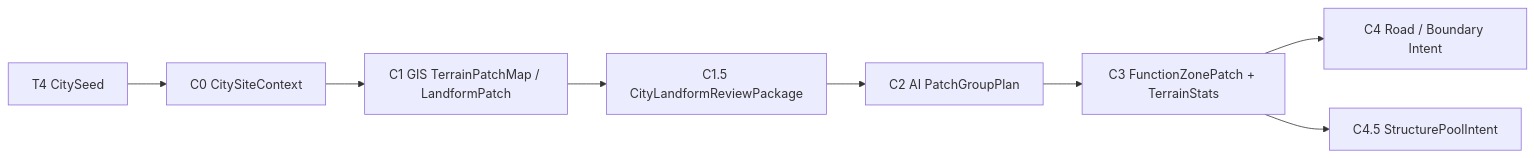
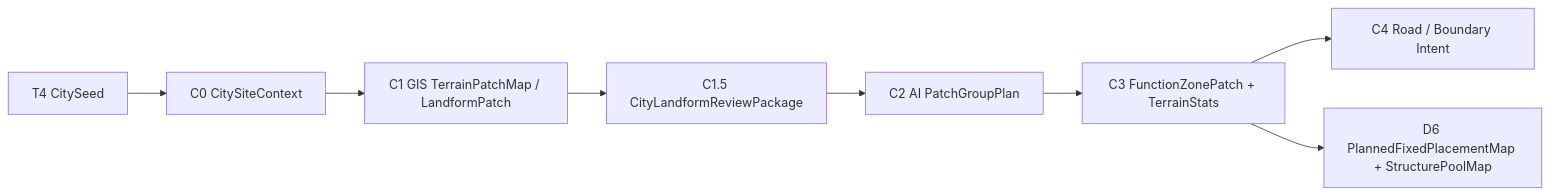
Before and after one commit to RinsingEL/designer_territoryMod: the diagram in docs/systems/city/10_product/案子/城市构造流程-v0.1/README.md, drawn with Mermaid. The commit also changed other lines of this file and 20 other files, not shown here.

````diff
--- a/docs/systems/city/10_product/案子/城市构造流程-v0.1/README.md
+++ b/docs/systems/city/10_product/案子/城市构造流程-v0.1/README.md
@@ -36,10 +36,10 @@
 ```mermaid
 flowchart LR
   A["T4 CitySeed"] --> B["C0 CitySiteContext"]
   B --> C["C1 GIS TerrainPatchMap / LandformPatch"]
   C --> D["C1.5 CityLandformReviewPackage"]
   D --> E["C2 AI PatchGroupPlan"]
   E --> F["C3 FunctionZonePatch + TerrainStats"]
   F --> G["C4 Road / Boundary Intent"]
-  F --> H["C4.5 StructurePoolIntent"]
+  F --> H["D6 PlannedFixedPlacementMap + StructurePoolMap"]
 ```
````
